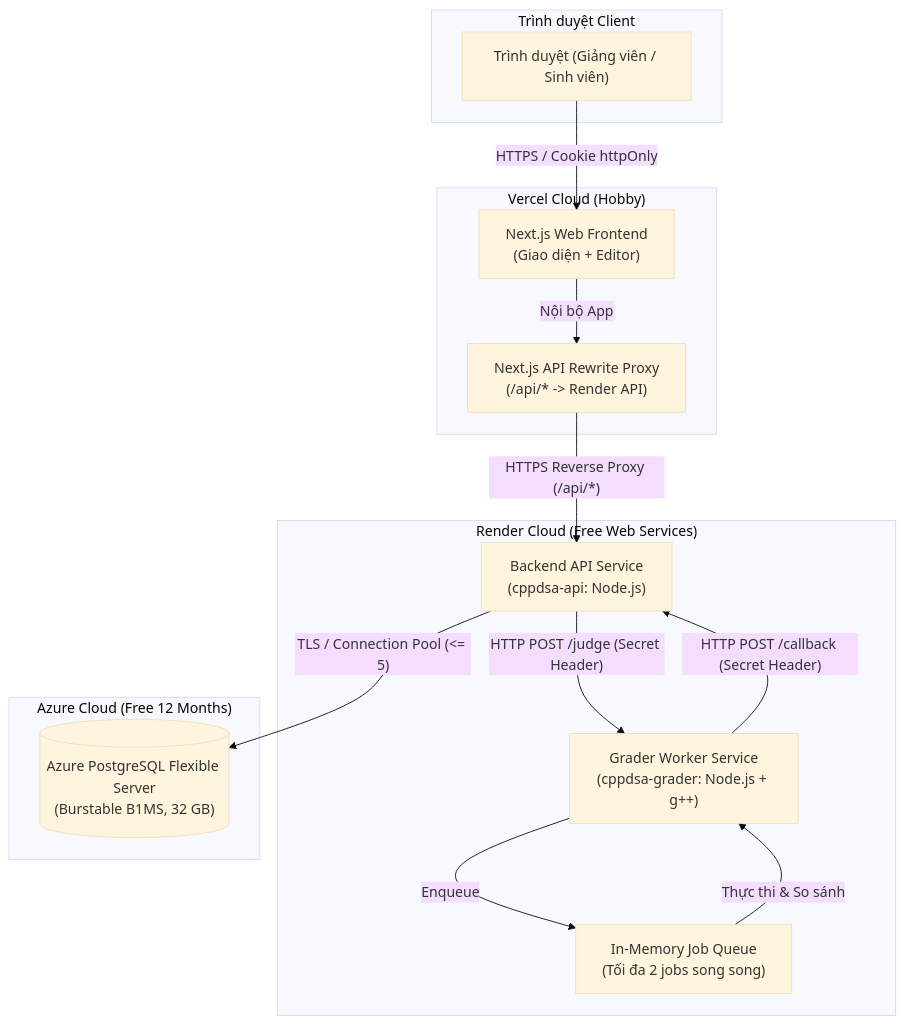
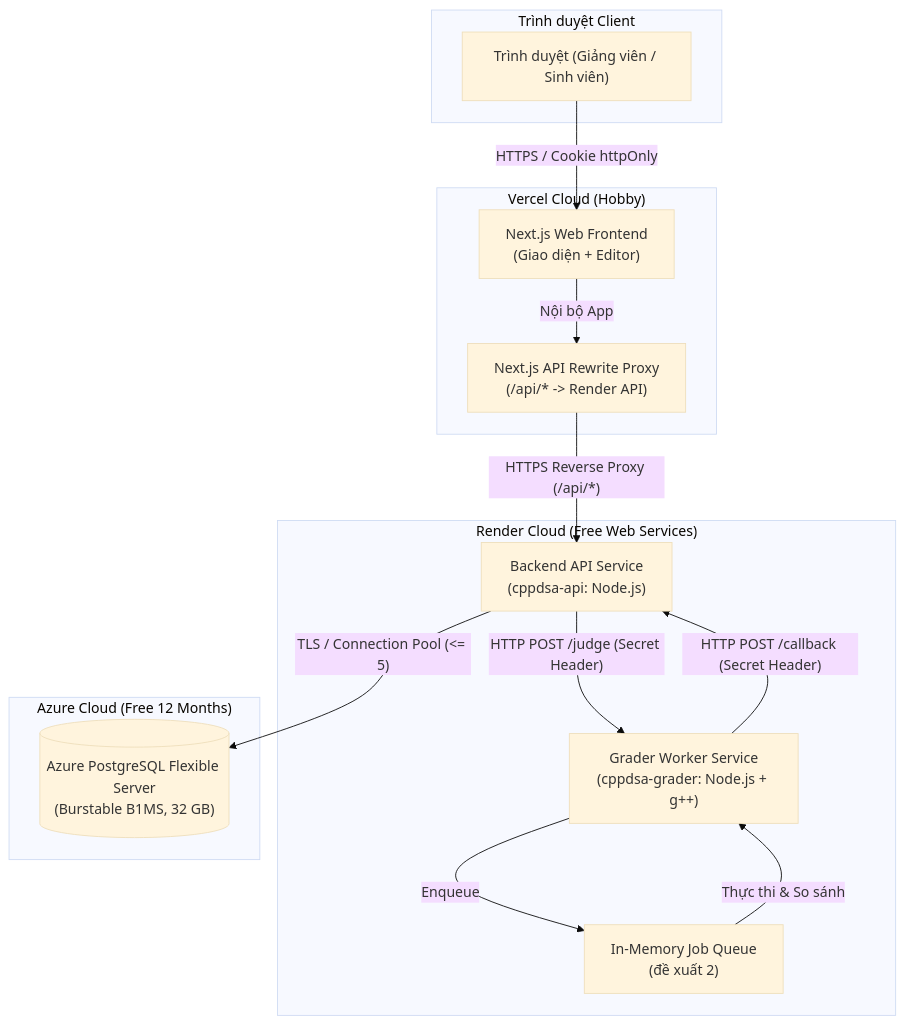
One commit to Hatsu-Phat/CppDSA changed the first of 3 diagrams in docs/ARCHITECTURE.md. Above: the diagram before and after it, drawn with Mermaid (base theme). The commit also changed other lines of this file and 6 other files, not shown here.

````diff
--- a/docs/ARCHITECTURE.md
+++ b/docs/ARCHITECTURE.md
@@ -22,30 +22,30 @@
 ```mermaid
 flowchart TD
     subgraph Client["Trình duyệt Client"]
         Browser["Trình duyệt (Giảng viên / Sinh viên)"]
     end
 
     subgraph Vercel["Vercel Cloud (Hobby)"]
         NextFrontend["Next.js Web Frontend\n(Giao diện + Editor)"]
         RewriteProxy["Next.js API Rewrite Proxy\n(/api/* -> Render API)"]
     end
 
     subgraph Render["Render Cloud (Free Web Services)"]
         BackendAPI["Backend API Service\n(cppdsa-api: Node.js)"]
         GraderWorker["Grader Worker Service\n(cppdsa-grader: Node.js + g++)"]
-        InMemoryQueue["In-Memory Job Queue\n(Tối đa 2 jobs song song)"]
+        InMemoryQueue["In-Memory Job Queue\n(đề xuất 2)"]
     end
 
     subgraph Azure["Azure Cloud (Free 12 Months)"]
         AzurePostgres[("Azure PostgreSQL Flexible Server\n(Burstable B1MS, 32 GB)")]
     end
 
     Browser -->|"HTTPS / Cookie httpOnly"| NextFrontend
     NextFrontend -->|"Nội bộ App"| RewriteProxy
     RewriteProxy -->|"HTTPS Reverse Proxy (/api/*)"| BackendAPI
     BackendAPI -->|"TLS / Connection Pool (<= 5)"| AzurePostgres
     BackendAPI -->|"HTTP POST /judge (Secret Header)"| GraderWorker
     GraderWorker -->|"Enqueue"| InMemoryQueue
     InMemoryQueue -->|"Thực thi & So sánh"| GraderWorker
     GraderWorker -->|"HTTP POST /callback (Secret Header)"| BackendAPI
 ```
````
